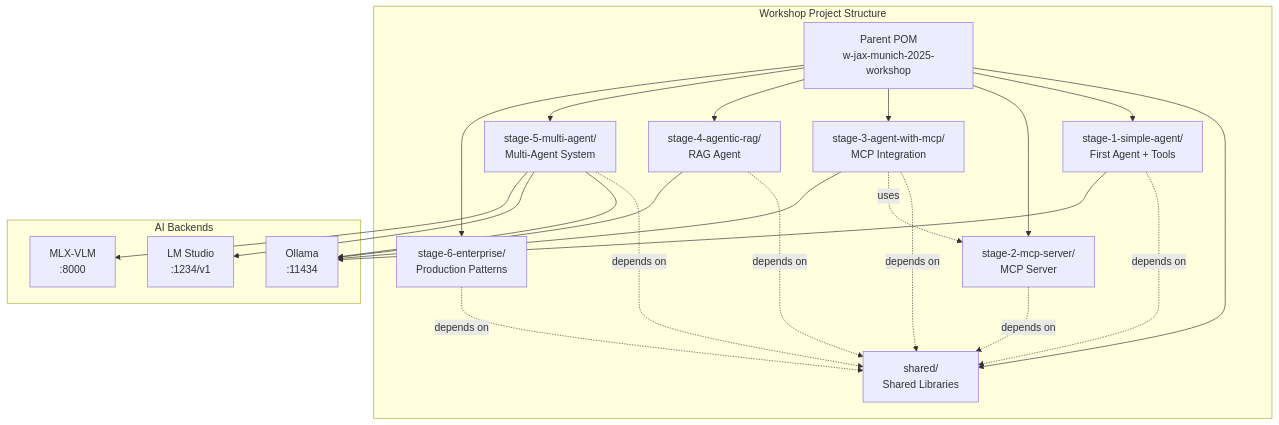
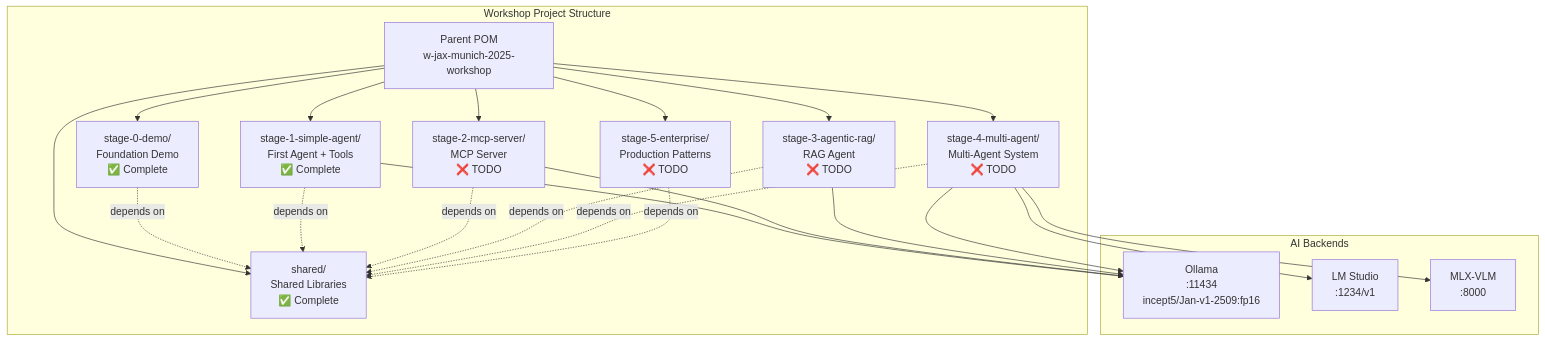
The first of 3 diagrams in architecture.md (Incept5/w-jax-munich-2025-workshop), drawn with Mermaid before and after one commit. The commit also changed other lines of this file and 8 other files, not shown here.

````diff
--- a/architecture.md
+++ b/architecture.md
@@ -42,35 +73,34 @@
 ```mermaid
 graph TB
     subgraph "Workshop Project Structure"
         PARENT[Parent POM<br/>w-jax-munich-2025-workshop]
         
-        PARENT --> SHARED[shared/<br/>Shared Libraries]
-        PARENT --> S1[stage-1-simple-agent/<br/>First Agent + Tools]
-        PARENT --> S2[stage-2-mcp-server/<br/>MCP Server]
-        PARENT --> S3[stage-3-agent-with-mcp/<br/>MCP Integration]
-        PARENT --> S4[stage-4-agentic-rag/<br/>RAG Agent]
-        PARENT --> S5[stage-5-multi-agent/<br/>Multi-Agent System]
-        PARENT --> S6[stage-6-enterprise/<br/>Production Patterns]
+        PARENT --> SHARED[shared/<br/>Shared Libraries<br/>✅ Complete]
+        PARENT --> S0[stage-0-demo/<br/>Foundation Demo<br/>✅ Complete]
+        PARENT --> S1[stage-1-simple-agent/<br/>First Agent + Tools<br/>✅ Complete]
+        PARENT --> S2[stage-2-mcp-server/<br/>MCP Server<br/>❌ TODO]
+        PARENT --> S3[stage-3-agentic-rag/<br/>RAG Agent<br/>❌ TODO]
+        PARENT --> S4[stage-4-multi-agent/<br/>Multi-Agent System<br/>❌ TODO]
+        PARENT --> S5[stage-5-enterprise/<br/>Production Patterns<br/>❌ TODO]
         
+        S0 -.depends on.-> SHARED
         S1 -.depends on.-> SHARED
         S2 -.depends on.-> SHARED
         S3 -.depends on.-> SHARED
-        S3 -.uses.-> S2
         S4 -.depends on.-> SHARED
         S5 -.depends on.-> SHARED
-        S6 -.depends on.-> SHARED
     end
     
     subgraph "AI Backends"
-        OLLAMA[Ollama<br/>:11434]
+        OLLAMA[Ollama<br/>:11434<br/>incept5/Jan-v1-2509:fp16]
         LMSTUDIO[LM Studio<br/>:1234/v1]
         MLXVLM[MLX-VLM<br/>:8000]
     end
     
     S1 --> OLLAMA
+    S2 --> OLLAMA
     S3 --> OLLAMA
     S4 --> OLLAMA
-    S5 --> OLLAMA
-    S5 --> LMSTUDIO
-    S5 --> MLXVLM
+    S4 --> LMSTUDIO
+    S4 --> MLXVLM
 ```
````
